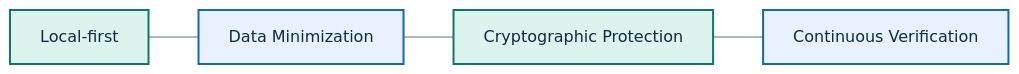
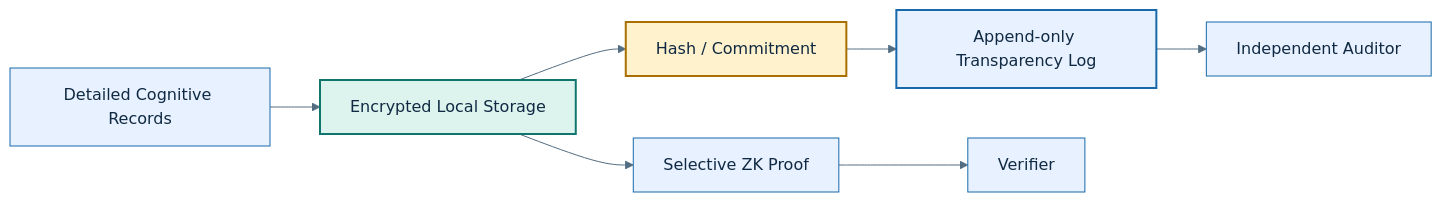
The sixth of 7 diagrams in README.md (kukukucode/cogauth), drawn with Mermaid before and after one commit. The commit also changed other lines of this file, not shown here.

````diff
--- a/README.md
+++ b/README.md
@@ -564,27 +483,23 @@
 ```mermaid
 %%{init: {"theme":"base","themeVariables":{
   "background":"#FFFFFF",
   "primaryColor":"#E8F1FF",
   "primaryTextColor":"#102A43",
   "primaryBorderColor":"#1769AA",
   "secondaryColor":"#DDF4EE",
   "tertiaryColor":"#FFF2CC",
   "lineColor":"#526D82",
-  "textColor":"#102A43",
-  "fontFamily":"Arial, sans-serif"
+  "textColor":"#102A43"
 }}}%%
 flowchart LR
-    A[Local-first]
-    B[Data Minimization]
-    C[Cryptographic Protection]
-    D[Continuous Verification]
+    D[Detailed Cognitive Records] --> L[Encrypted Local Storage]
+    L --> C[Hash / Commitment]
+    C --> T[Append-only Transparency Log]
+    T --> U[Independent Auditor]
+    L --> Z[Selective ZK Proof]
+    Z --> V[Verifier]
 
-    A --- B
-    B --- C
-    C --- D
-
-    style A fill:#DDF4EE,stroke:#0F766E,stroke-width:2px,color:#102A43
-    style B fill:#E8F1FF,stroke:#1769AA,stroke-width:2px,color:#102A43
-    style C fill:#DDF4EE,stroke:#0F766E,stroke-width:2px,color:#102A43
-    style D fill:#E8F1FF,stroke:#1769AA,stroke-width:2px,color:#102A43
+    style L fill:#DDF4EE,stroke:#0F766E,stroke-width:2px,color:#102A43
+    style C fill:#FFF2CC,stroke:#A96F00,stroke-width:2px,color:#102A43
+    style T fill:#E8F1FF,stroke:#1769AA,stroke-width:2px,color:#102A43
 ```
````
